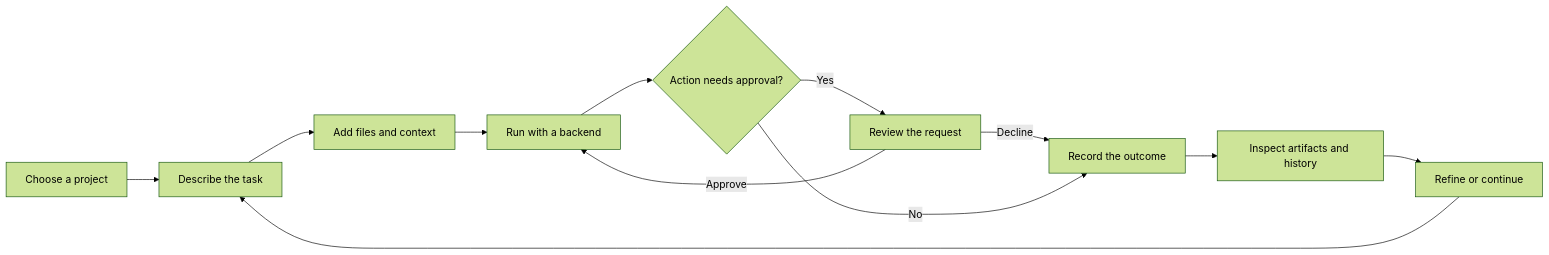
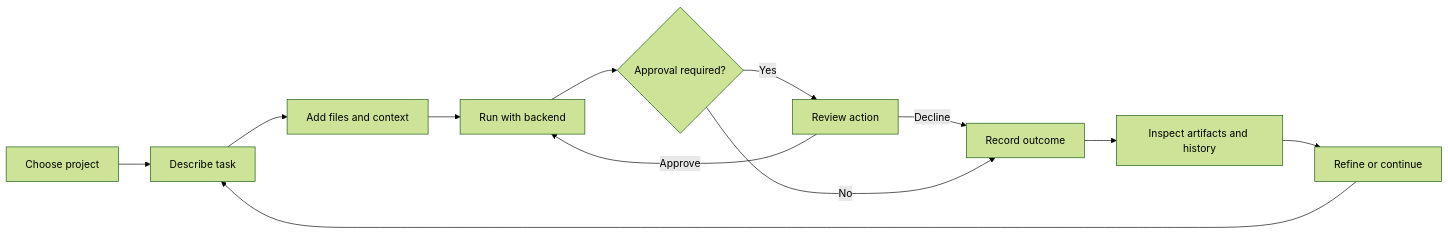
One commit to Fallenproud/astra-workspace changed the second of 2 diagrams in README.md. Above: the diagram before and after it, drawn with Mermaid (forest theme). The commit also changed other lines of this file, not shown here.

````diff
--- a/README.md
+++ b/README.md
@@ -120,14 +138,14 @@
 ```mermaid
 flowchart LR
-    A[Choose a project] --> B[Describe the task]
+    A[Choose project] --> B[Describe task]
     B --> C[Add files and context]
-    C --> D[Run with a backend]
-    D --> E{Action needs approval?}
-    E -->|Yes| F[Review the request]
+    C --> D[Run with backend]
+    D --> E{Approval required?}
+    E -->|Yes| F[Review action]
     F -->|Approve| D
-    F -->|Decline| G[Record the outcome]
+    F -->|Decline| G[Record outcome]
     E -->|No| G
     G --> H[Inspect artifacts and history]
     H --> I[Refine or continue]
     I --> B
 ```
````
